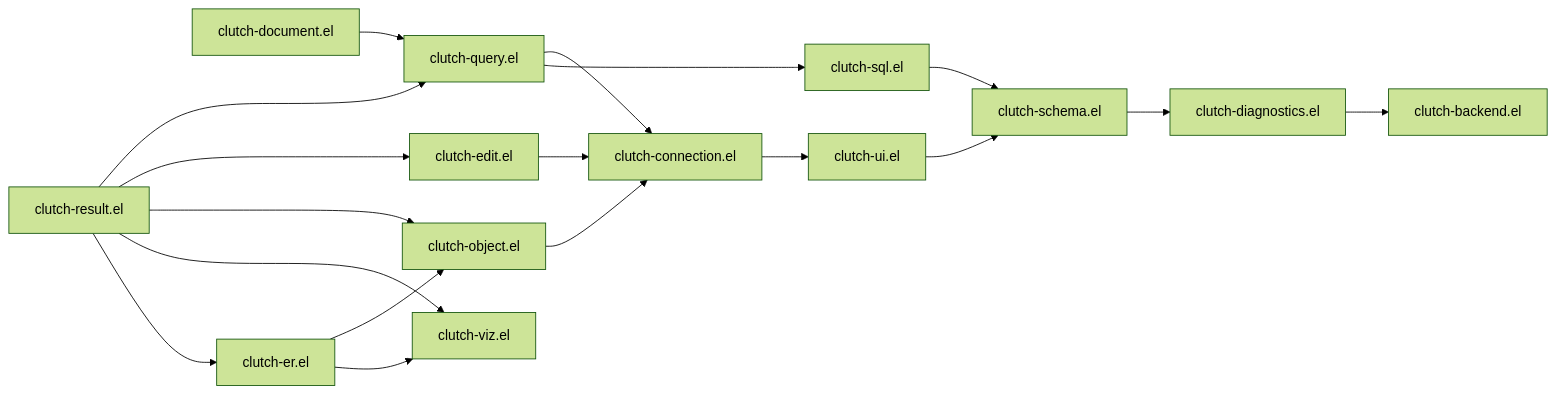
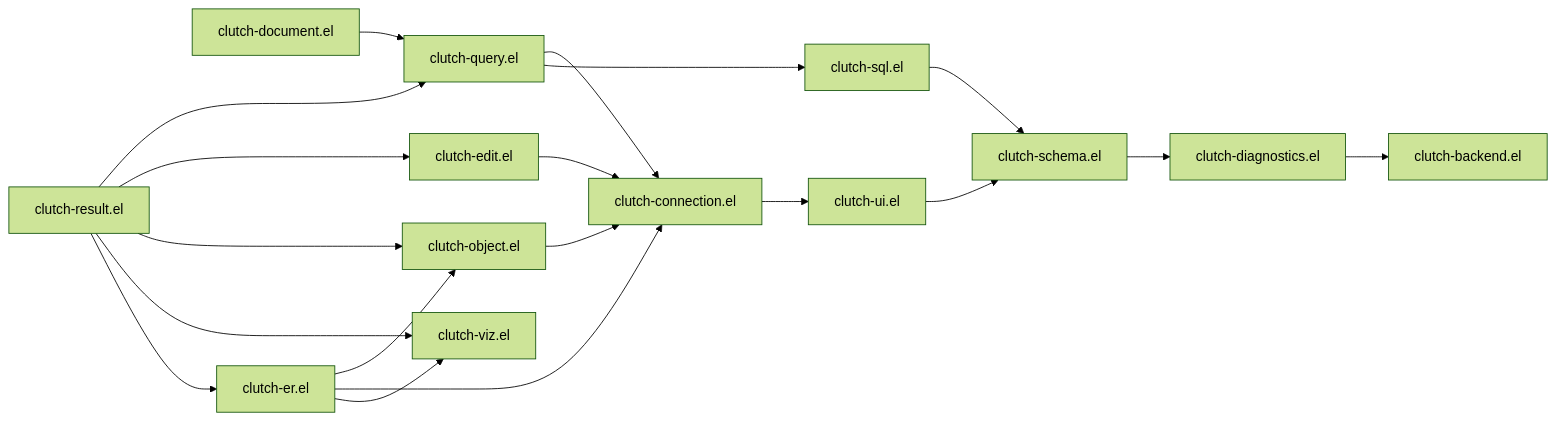
One commit to LuciusChen/clutch changed the second of 7 diagrams in docs/architecture.md. Above: the diagram before and after it, drawn with Mermaid (forest theme). The commit also changed other lines of this file and 9 other files, not shown here.

````diff
--- a/docs/architecture.md
+++ b/docs/architecture.md
@@ -95,34 +95,35 @@
 ```mermaid
 flowchart LR
   Backend["clutch-backend.el"]
   Diagnostics["clutch-diagnostics.el"]
   Schema["clutch-schema.el"]
   UI["clutch-ui.el"]
   SQL["clutch-sql.el"]
   Conn["clutch-connection.el"]
   Query["clutch-query.el"]
   Document["clutch-document.el"]
   Edit["clutch-edit.el"]
   Object["clutch-object.el"]
   Result["clutch-result.el"]
   ER["clutch-er.el"]
   Viz["clutch-viz.el"]
 
   Diagnostics --> Backend
   Schema --> Diagnostics
   UI --> Schema
   SQL --> Schema
   Conn --> UI
   Query --> Conn
   Query --> SQL
   Document --> Query
   Edit --> Conn
   Object --> Conn
   Result --> Query
   Result --> Edit
   Result --> Object
   Result --> Viz
   Result --> ER
   ER --> Object
+  ER --> Conn
   ER --> Viz
 ```
````
